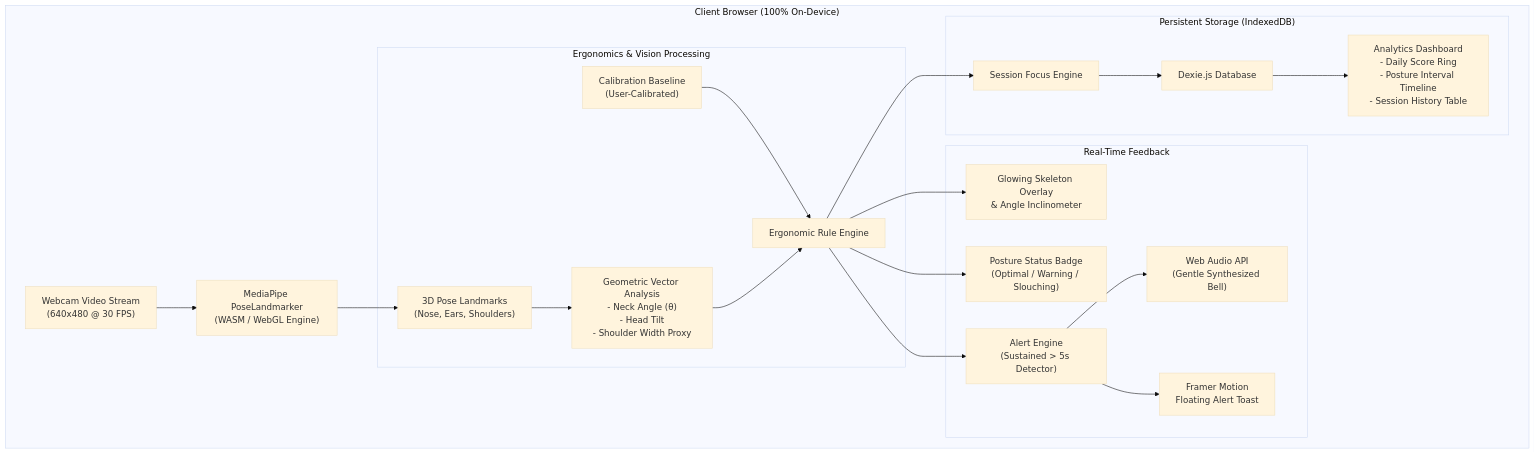
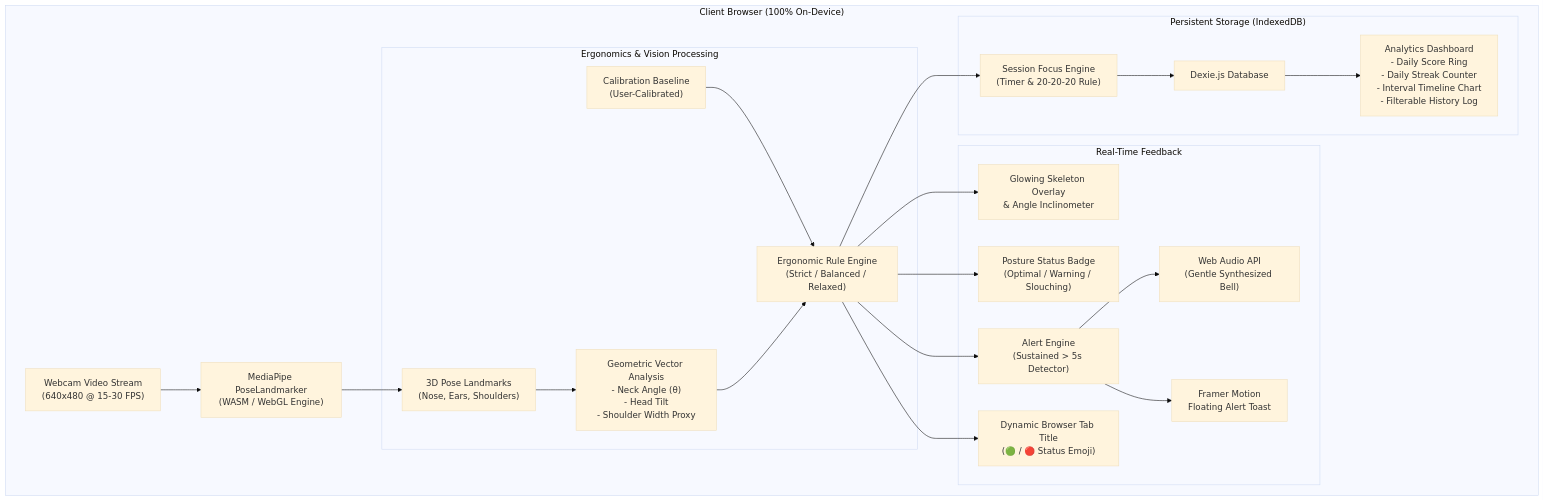
The diagram in README.md (Fatirrr08/PostureLens), drawn with Mermaid (base theme) before and after one commit. The commit also changed other lines of this file, not shown here.

````diff
--- a/README.md
+++ b/README.md
@@ -33,28 +67,29 @@
 ```mermaid
 flowchart TD
     subgraph Browser ["Client Browser (100% On-Device)"]
-        Cam["Webcam Video Stream<br/>(640x480 @ 30 FPS)"] --> MediaPipe["MediaPipe PoseLandmarker<br/>(WASM / WebGL Engine)"]
+        Cam["Webcam Video Stream<br/>(640x480 @ 15-30 FPS)"] --> MediaPipe["MediaPipe PoseLandmarker<br/>(WASM / WebGL Engine)"]
         
         MediaPipe --> Landmarks["3D Pose Landmarks<br/>(Nose, Ears, Shoulders)"]
         
         subgraph Engine ["Ergonomics & Vision Processing"]
             Landmarks --> Vectors["Geometric Vector Analysis<br/>- Neck Angle (&theta;)<br/>- Head Tilt<br/>- Shoulder Width Proxy"]
-            Baseline["Calibration Baseline<br/>(User-Calibrated)"] --> RuleEngine["Ergonomic Rule Engine"]
+            Baseline["Calibration Baseline<br/>(User-Calibrated)"] --> RuleEngine["Ergonomic Rule Engine<br/>(Strict / Balanced / Relaxed)"]
             Vectors --> RuleEngine
         end
 
         subgraph Outputs ["Real-Time Feedback"]
             RuleEngine --> Canvas["Glowing Skeleton Overlay<br/>& Angle Inclinometer"]
             RuleEngine --> StatusBadge["Posture Status Badge<br/>(Optimal / Warning / Slouching)"]
             RuleEngine --> AlertEngine["Alert Engine<br/>(Sustained > 5s Detector)"]
             AlertEngine --> Chime["Web Audio API<br/>(Gentle Synthesized Bell)"]
             AlertEngine --> Toast["Framer Motion<br/>Floating Alert Toast"]
+            RuleEngine --> TabTitle["Dynamic Browser Tab Title<br/>(🟢 / 🔴 Status Emoji)"]
         end
 
         subgraph Storage ["Persistent Storage (IndexedDB)"]
-            RuleEngine --> SessionEngine["Session Focus Engine"]
+            RuleEngine --> SessionEngine["Session Focus Engine<br/>(Timer & 20-20-20 Rule)"]
             SessionEngine --> Dexie["Dexie.js Database"]
-            Dexie --> Analytics["Analytics Dashboard<br/>- Daily Score Ring<br/>- Posture Interval Timeline<br/>- Session History Table"]
+            Dexie --> Analytics["Analytics Dashboard<br/>- Daily Score Ring<br/>- Daily Streak Counter<br/>- Interval Timeline Chart<br/>- Filterable History Log"]
         end
     end
 ```
````
